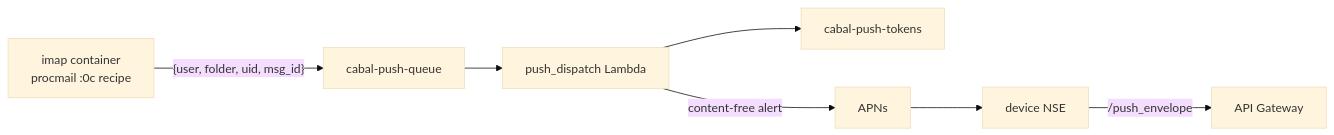
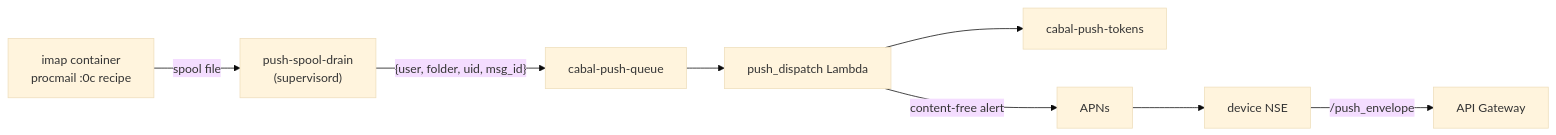
One commit to cabalmail/cabal-infra changed the diagram in docs/push-notifications.md. Above: the diagram before and after it, drawn with Mermaid (base theme). The commit also changed other lines of this file and 15 other files, not shown here.

````diff
--- a/docs/push-notifications.md
+++ b/docs/push-notifications.md
@@ -10,9 +10,10 @@
 ```mermaid
 flowchart LR
-    imap["imap container<br/>procmail :0c recipe"] -->|"{user, folder, uid, msg_id}"| sqs["cabal-push-queue"]
+    imap["imap container<br/>procmail :0c recipe"] -->|"spool file"| drain["push-spool-drain<br/>(supervisord)"]
+    drain -->|"{user, folder, uid, msg_id}"| sqs["cabal-push-queue"]
     sqs --> dispatch["push_dispatch Lambda"]
     dispatch --> tokens["cabal-push-tokens"]
     dispatch -->|"content-free alert"| apns["APNs"]
     apns --> device["device NSE"]
     device -->|"/push_envelope"| api["API Gateway"]
 ```
````
